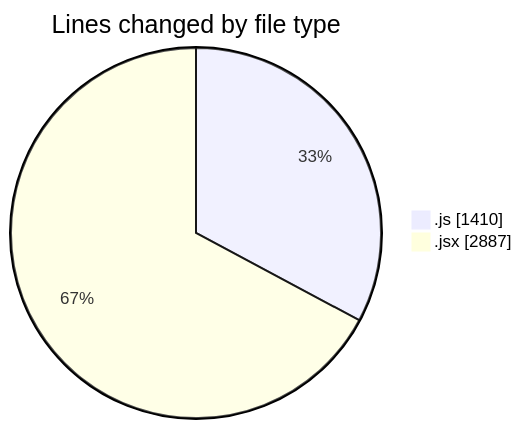
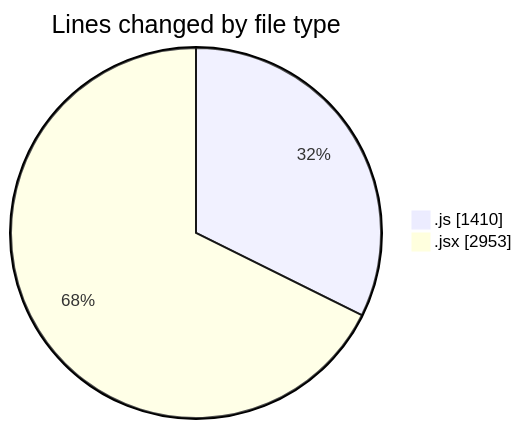
Before and after one commit to nxtqubesakshisongat/code-tracking: the first of 2 diagrams in 2025-09-19/nxtqube_webapp/README.md, drawn with Mermaid. The commit also changed other lines of this file and 1 other file, not shown here.

````diff
--- a/2025-09-19/nxtqube_webapp/README.md
+++ b/2025-09-19/nxtqube_webapp/README.md
@@ -24,6 +24,6 @@
 ```mermaid
 pie showData
 title Lines changed by file type
 ".js" : 1410
-".jsx" : 2887
+".jsx" : 2953
 ```
````
